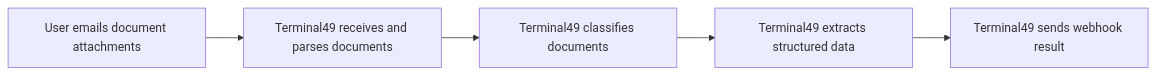
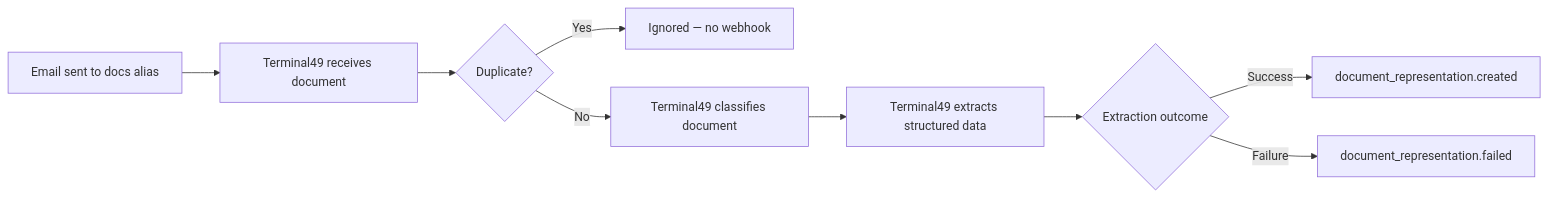
Before and after one commit to Terminal49/API: the diagram in docs/api-docs/in-depth-guides/document-processing-workflows.mdx, drawn with Mermaid. The commit also changed other lines of this file, not shown here.

First line of the commit message:
Improve document-processing-workflows guide structure and completeness

````diff
--- a/docs/api-docs/in-depth-guides/document-processing-workflows.mdx
+++ b/docs/api-docs/in-depth-guides/document-processing-workflows.mdx
@@ -39,7 +122,11 @@
 ```mermaid
 flowchart LR
-    A[User emails document attachments] --> B[Terminal49 receives and parses documents]
-    B --> C[Terminal49 classifies documents]
-    C --> D[Terminal49 extracts structured data]
-    D --> E[Terminal49 sends webhook result]
+    A[Email sent to docs alias] --> B[Terminal49 receives document]
+    B --> C{Duplicate?}
+    C -- Yes --> Z[Ignored — no webhook]
+    C -- No --> D[Terminal49 classifies document]
+    D --> E[Terminal49 extracts structured data]
+    E --> F{Extraction outcome}
+    F -- Success --> G[document_representation.created]
+    F -- Failure --> H[document_representation.failed]
 ```
````
